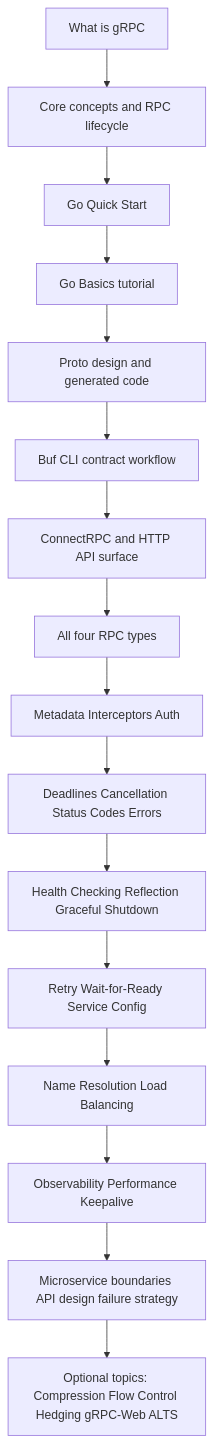
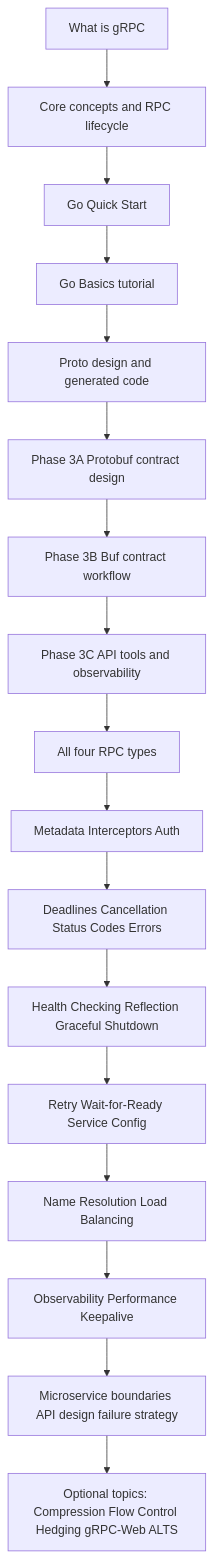
Before and after one commit to LeeDark/go-microservices-starter: the diagram in docs/learning/grpc-microservices-roadmap.md, drawn with Mermaid. The commit also changed other lines of this file and 4 other files, not shown here.

````diff
--- a/docs/learning/grpc-microservices-roadmap.md
+++ b/docs/learning/grpc-microservices-roadmap.md
@@ -14,18 +14,19 @@
 ```mermaid
 flowchart TD
     A[What is gRPC] --> B[Core concepts and RPC lifecycle]
     B --> C[Go Quick Start]
     C --> D[Go Basics tutorial]
     D --> E[Proto design and generated code]
-    E --> E2[Buf CLI contract workflow]
-    E2 --> E3[ConnectRPC and HTTP API surface]
-    E3 --> F[All four RPC types]
+    E --> E2[Phase 3A Protobuf contract design]
+    E2 --> E3[Phase 3B Buf contract workflow]
+    E3 --> E4[Phase 3C API tools and observability]
+    E4 --> F[All four RPC types]
     F --> G[Metadata Interceptors Auth]
     G --> H[Deadlines Cancellation Status Codes Errors]
     H --> I[Health Checking Reflection Graceful Shutdown]
     I --> J[Retry Wait-for-Ready Service Config]
     J --> K[Name Resolution Load Balancing]
     K --> L[Observability Performance Keepalive]
     L --> M[Microservice boundaries API design failure strategy]
     M --> N[Optional topics: Compression Flow Control Hedging gRPC-Web ALTS]
 ```
````
